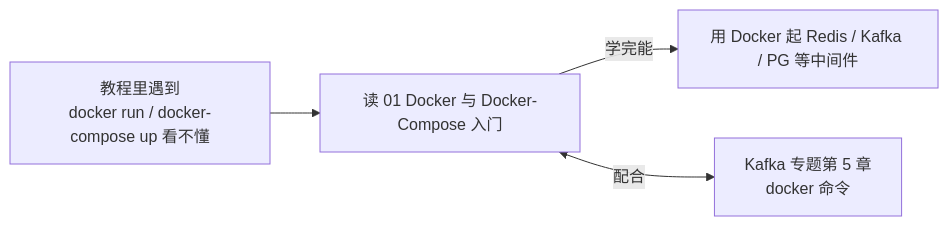
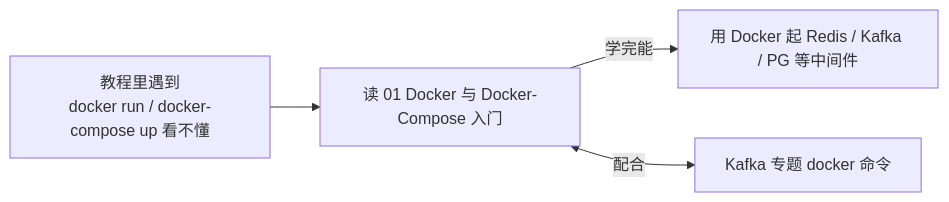
The diagram in docs/附录/Docker与工具/README.md (UranusGit/java-agent-learn), drawn with Mermaid before and after one commit. The commit also changed other lines of this file and 184 other files, not shown here.

````diff
--- a/docs/附录/Docker与工具/README.md
+++ b/docs/附录/Docker与工具/README.md
@@ -11,6 +11,6 @@
 ```mermaid
 flowchart LR
     Trigger["教程里遇到<br/>docker run / docker-compose up 看不懂"] --> Read["读 01 Docker 与 Docker-Compose 入门"]
     Read -->|"学完能"| Skill["用 Docker 起 Redis / Kafka / PG 等中间件"]
-    Read <-->|"配合"| Kafka["Kafka 专题第 5 章<br/>docker 命令"]
+    Read <-->|"配合"| Kafka["Kafka 专题 docker 命令"]
 ```
````
